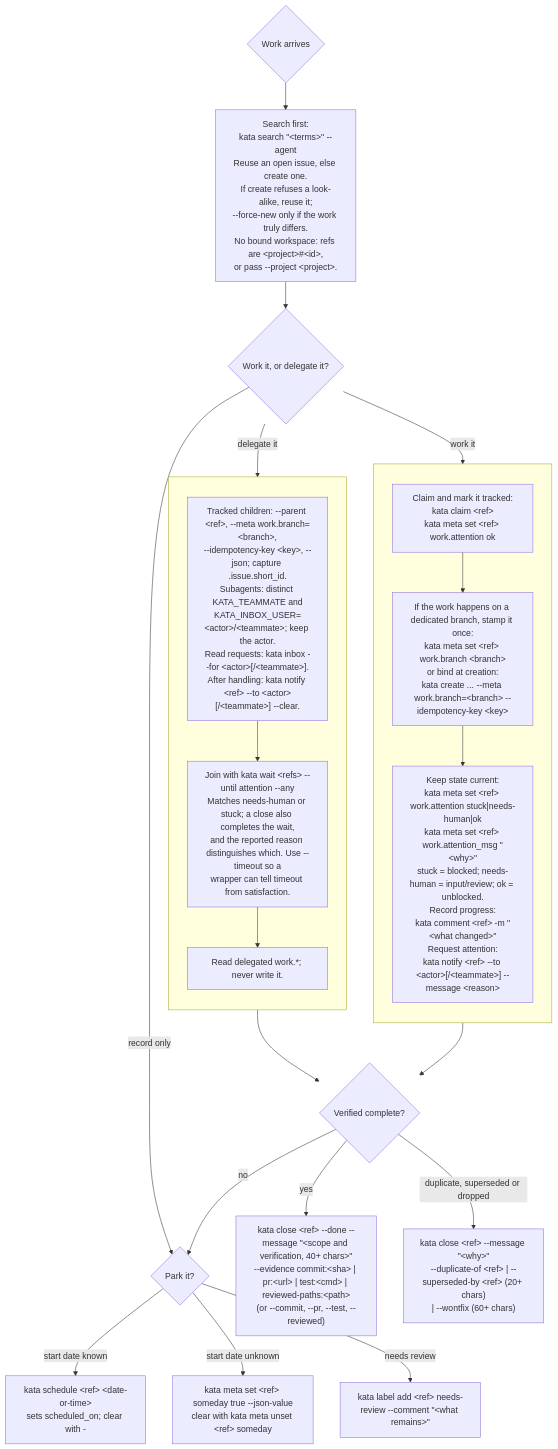
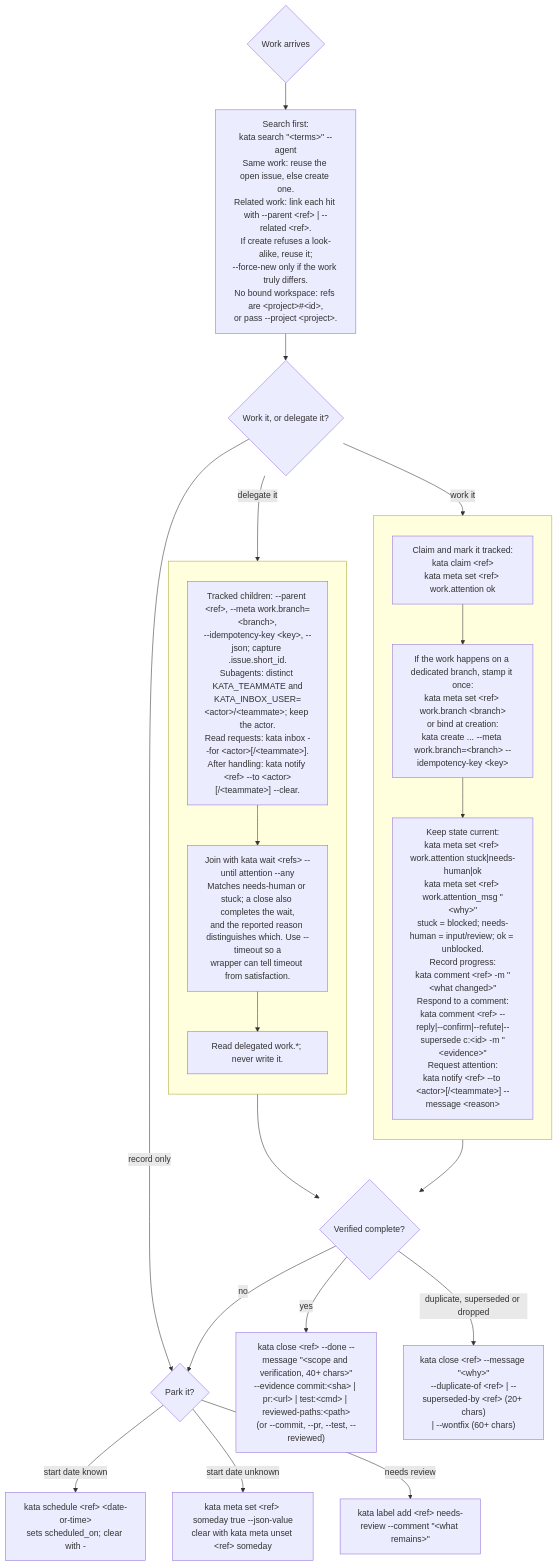
One commit to kenn-io/kata changed the diagram in README.md. Above: the diagram before and after it, drawn with Mermaid. The commit also changed 2 other files, not shown here.

First paragraph of the commit message:
docs(agents): teach linking related issues and typed comment replies (#785)
## What changed

````diff
--- a/README.md
+++ b/README.md
@@ -84,35 +84,35 @@
 ```mermaid
 flowchart TB
-  arrive{"Work arrives"} --> search["Search first:<br/>kata search #34;#60;terms#62;#34; --agent<br/>Reuse an open issue, else create one.<br/>If create refuses a look-alike, reuse it;<br/>--force-new only if the work truly differs.<br/>No bound workspace: refs are #60;project#62;##60;id#62;,<br/>or pass --project #60;project#62;."]
+  arrive{"Work arrives"} --> search["Search first:<br/>kata search #34;#60;terms#62;#34; --agent<br/>Same work: reuse the open issue, else create one.<br/>Related work: link each hit with --parent #60;ref#62; #124; --related #60;ref#62;.<br/>If create refuses a look-alike, reuse it;<br/>--force-new only if the work truly differs.<br/>No bound workspace: refs are #60;project#62;##60;id#62;,<br/>or pass --project #60;project#62;."]
   search --> route{"Work it, or delegate it?"}
 
   subgraph workside[" "]
     direction TB
     claim["Claim and mark it tracked:<br/>kata claim #60;ref#62;<br/>kata meta set #60;ref#62; work.attention ok"]
     branch["If the work happens on a dedicated branch, stamp it once:<br/>kata meta set #60;ref#62; work.branch #60;branch#62;<br/>or bind at creation:<br/>kata create ... --meta work.branch=#60;branch#62; --idempotency-key #60;key#62;"]
-    live["Keep state current:<br/>kata meta set #60;ref#62; work.attention stuck#124;needs-human#124;ok<br/>kata meta set #60;ref#62; work.attention_msg #34;#60;why#62;#34;<br/>stuck = blocked; needs-human = input/review; ok = unblocked.<br/>Record progress:<br/>kata comment #60;ref#62; -m #34;#60;what changed#62;#34;<br/>Request attention:<br/>kata notify #60;ref#62; --to #60;actor#62;[/#60;teammate#62;] --message #60;reason#62;"]
+    live["Keep state current:<br/>kata meta set #60;ref#62; work.attention stuck#124;needs-human#124;ok<br/>kata meta set #60;ref#62; work.attention_msg #34;#60;why#62;#34;<br/>stuck = blocked; needs-human = input/review; ok = unblocked.<br/>Record progress:<br/>kata comment #60;ref#62; -m #34;#60;what changed#62;#34;<br/>Respond to a comment:<br/>kata comment #60;ref#62; --reply#124;--confirm#124;--refute#124;--supersede c:#60;id#62; -m #34;#60;evidence#62;#34;<br/>Request attention:<br/>kata notify #60;ref#62; --to #60;actor#62;[/#60;teammate#62;] --message #60;reason#62;"]
     claim --> branch --> live
   end
 
   subgraph delegateside[" "]
     direction TB
     fanout["Tracked children: --parent #60;ref#62;, --meta work.branch=#60;branch#62;,<br/>--idempotency-key #60;key#62;, --json; capture .issue.short_id.<br/>Subagents: distinct KATA_TEAMMATE and<br/>KATA_INBOX_USER=#60;actor#62;/#60;teammate#62;; keep the actor.<br/>Read requests: kata inbox --for #60;actor#62;[/#60;teammate#62;].<br/>After handling: kata notify #60;ref#62; --to #60;actor#62;[/#60;teammate#62;] --clear."]
     join["Join with kata wait #60;refs#62; --until attention --any<br/>Matches needs-human or stuck; a close also completes the wait,<br/>and the reported reason distinguishes which. Use --timeout so a<br/>wrapper can tell timeout from satisfaction."]
     coord["Read delegated work.*; never write it."]
     fanout --> join --> coord
   end
 
   route -->|work it| claim
   route -->|delegate it| fanout
   route -->|record only| park
   live --> done
   coord --> done
 
   done{"Verified complete?"}
   done -->|yes| close["kata close #60;ref#62; --done --message #34;#60;scope and verification, 40+ chars#62;#34;<br/>--evidence commit:#60;sha#62; #124; pr:#60;url#62; #124; test:#60;cmd#62; #124; reviewed-paths:#60;path#62;<br/>(or --commit, --pr, --test, --reviewed)"]
   done -->|duplicate, superseded or dropped| retire["kata close #60;ref#62; --message #34;#60;why#62;#34;<br/>--duplicate-of #60;ref#62; #124; --superseded-by #60;ref#62; (20+ chars)<br/>#124; --wontfix (60+ chars)"]
   done -->|no| park{"Park it?"}
   park -->|start date known| schedule["kata schedule #60;ref#62; #60;date-or-time#62;<br/>sets scheduled_on; clear with -"]
   park -->|start date unknown| someday["kata meta set #60;ref#62; someday true --json-value<br/>clear with kata meta unset #60;ref#62; someday"]
   park -->|needs review| review["kata label add #60;ref#62; needs-review --comment #34;#60;what remains#62;#34;"]
 ```
````
